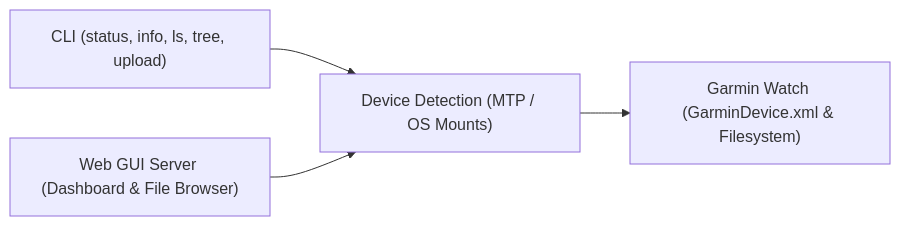
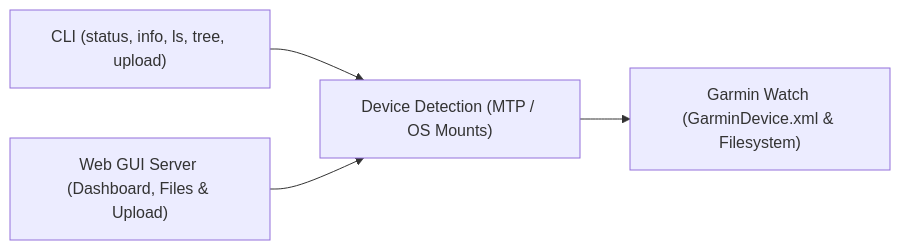
Before and after one commit to jvanheerikhuize/garmin-connector: the diagram in specs/constitution.md, drawn with Mermaid. The commit also changed other lines of this file and 3 other files, not shown here.

Commit message:
feat(gui): implement web course upload spec

````diff
--- a/specs/constitution.md
+++ b/specs/constitution.md
@@ -67,6 +68,6 @@
 ```mermaid
 flowchart LR
     CLI["CLI (status, info, ls, tree, upload)"] --> Detector["Device Detection (MTP / OS Mounts)"]
-    Web["Web GUI Server (Dashboard & File Browser)"] --> Detector
+    Web["Web GUI Server (Dashboard, Files & Upload)"] --> Detector
     Detector --> Watch["Garmin Watch (GarminDevice.xml & Filesystem)"]
 ```
````
